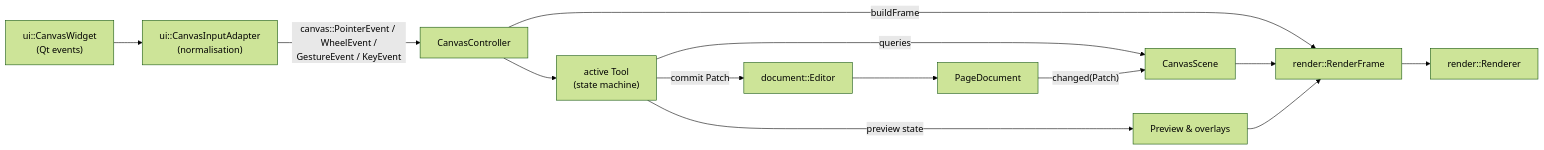
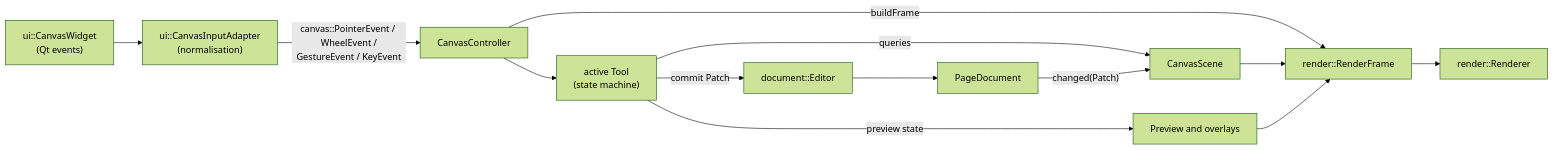
The diagram in docs/CANVAS.md (polaariiis/studying-app), drawn with Mermaid (forest theme) before and after one commit. The commit also changed 29 other files, not shown here.

````diff
--- a/docs/CANVAS.md
+++ b/docs/CANVAS.md
@@ -12,15 +12,15 @@
 ```mermaid
 flowchart LR
     qt["ui::CanvasWidget<br/>(Qt events)"] --> adapter["ui::CanvasInputAdapter<br/>(normalisation)"]
     adapter -->|"canvas::PointerEvent / WheelEvent /<br/>GestureEvent / KeyEvent"| ctrl[CanvasController]
     ctrl --> tool["active Tool<br/>(state machine)"]
     tool -->|queries| scene[CanvasScene]
-    tool -->|preview state| overlay[Preview & overlays]
+    tool -->|preview state| overlay["Preview and overlays"]
     tool -->|commit Patch| editor["document::Editor"]
     editor --> doc[PageDocument]
     doc -->|"changed(Patch)"| scene
     ctrl -->|buildFrame| frame["render::RenderFrame"]
     scene --> frame
     overlay --> frame
     frame --> renderer["render::Renderer"]
 ```
````
